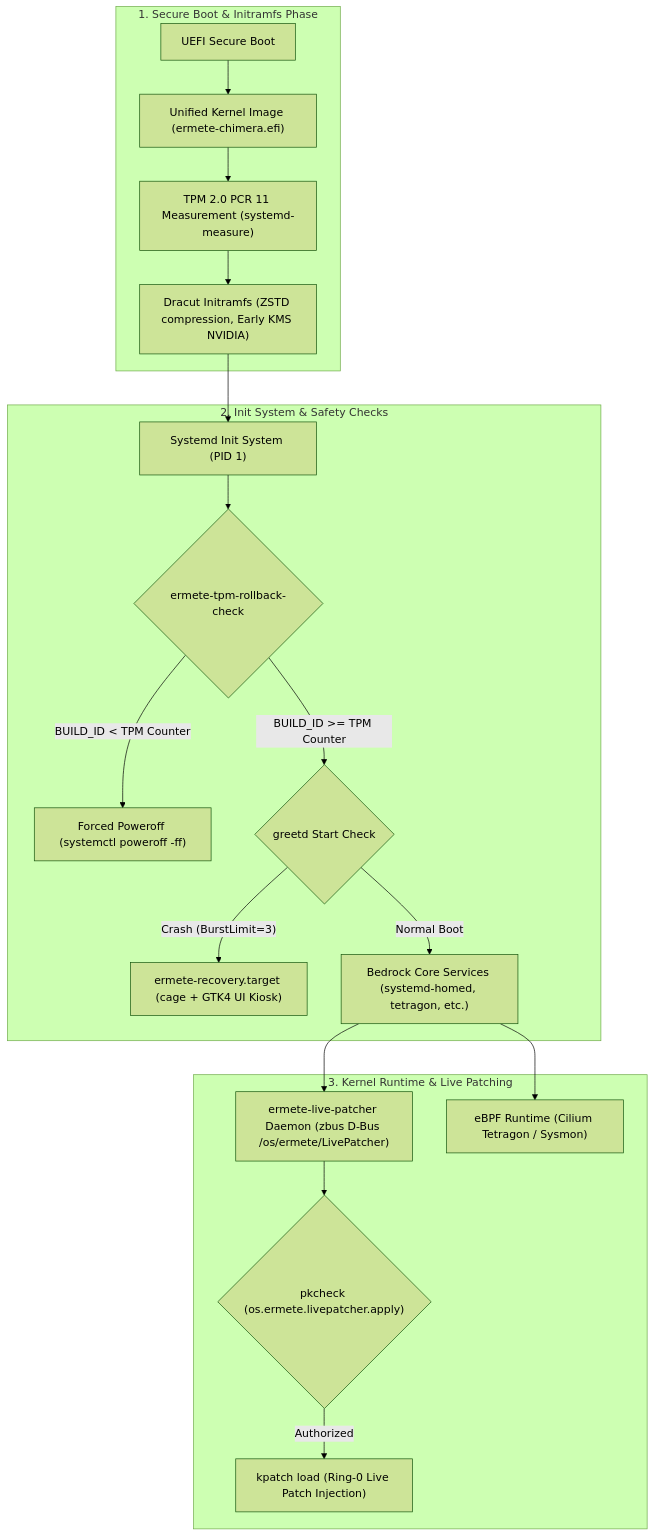
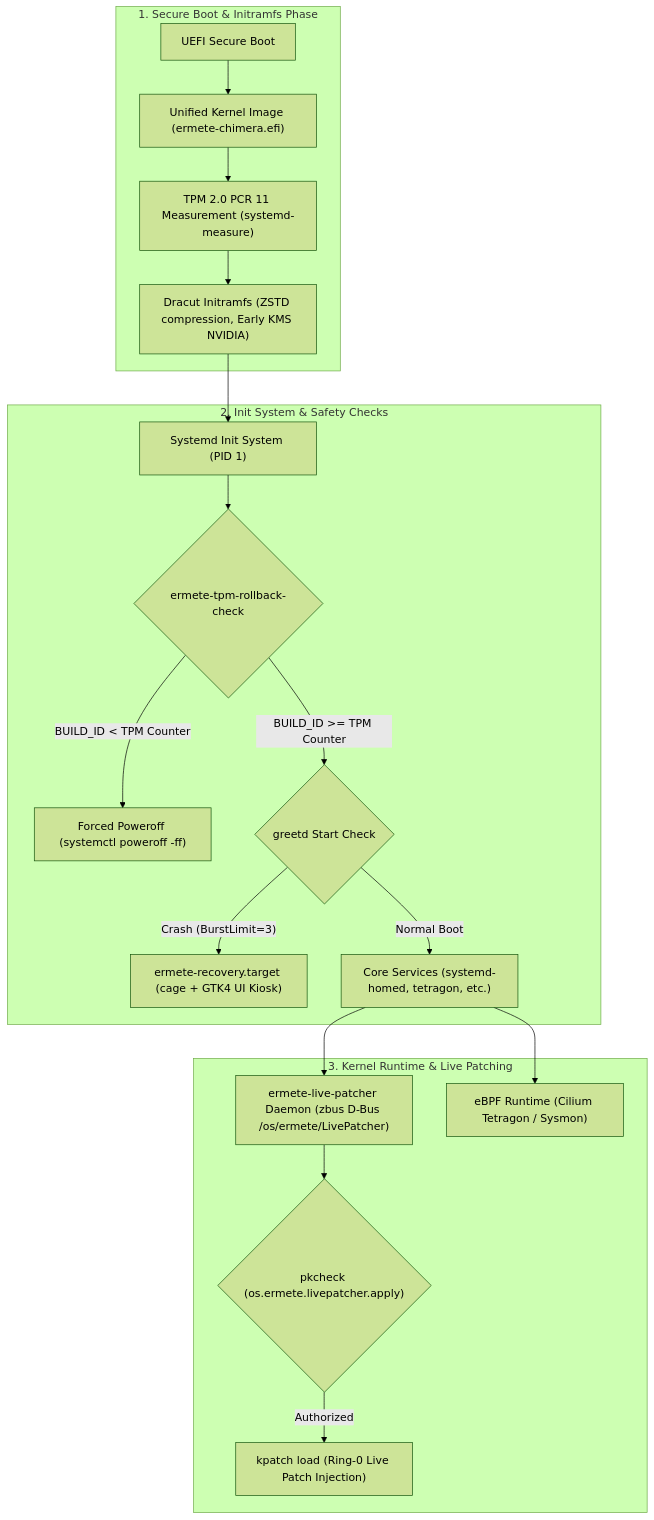
Before and after one commit to hr-mes/ermete-os: the first of 2 diagrams in docs/architecture/doc_kernel_layer.md, drawn with Mermaid (forest theme). The commit also changed other lines of this file and 7 other files, not shown here.

````diff
--- a/docs/architecture/doc_kernel_layer.md
+++ b/docs/architecture/doc_kernel_layer.md
@@ -12,24 +12,24 @@
 ```mermaid
 flowchart TD
     subgraph Boot_Phase ["1. Secure Boot & Initramfs Phase"]
         UEFI["UEFI Secure Boot"] --> UKI["Unified Kernel Image (ermete-chimera.efi)"]
         UKI --> PCR11["TPM 2.0 PCR 11 Measurement (systemd-measure)"]
         PCR11 --> DRACUT["Dracut Initramfs (ZSTD compression, Early KMS NVIDIA)"]
     end
 
     subgraph Init_Phase ["2. Init System & Safety Checks"]
         DRACUT --> SYSTEMD["Systemd Init System (PID 1)"]
         SYSTEMD --> TPM_CHECK{"ermete-tpm-rollback-check"}
         TPM_CHECK -- "BUILD_ID < TPM Counter" --> SHUTDOWN["Forced Poweroff (systemctl poweroff -ff)"]
         TPM_CHECK -- "BUILD_ID >= TPM Counter" --> GREETD_CHECK{"greetd Start Check"}
         GREETD_CHECK -- "Crash (BurstLimit=3)" --> RECOVERY["ermete-recovery.target (cage + GTK4 UI Kiosk)"]
-        GREETD_CHECK -- "Normal Boot" --> SYSTEM_SERVICES["Bedrock Core Services (systemd-homed, tetragon, etc.)"]
+        GREETD_CHECK -- "Normal Boot" --> SYSTEM_SERVICES["Core Services (systemd-homed, tetragon, etc.)"]
     end
 
     subgraph Runtime_Phase ["3. Kernel Runtime & Live Patching"]
         SYSTEM_SERVICES --> LIVE_PATCHER["ermete-live-patcher Daemon (zbus D-Bus /os/ermete/LivePatcher)"]
         LIVE_PATCHER --> POLKIT{"pkcheck (os.ermete.livepatcher.apply)"}
         POLKIT -- Authorized --> KPATCH["kpatch load (Ring-0 Live Patch Injection)"]
         SYSTEM_SERVICES --> EBPF["eBPF Runtime (Cilium Tetragon / Sysmon)"]
     end
 ```
````
